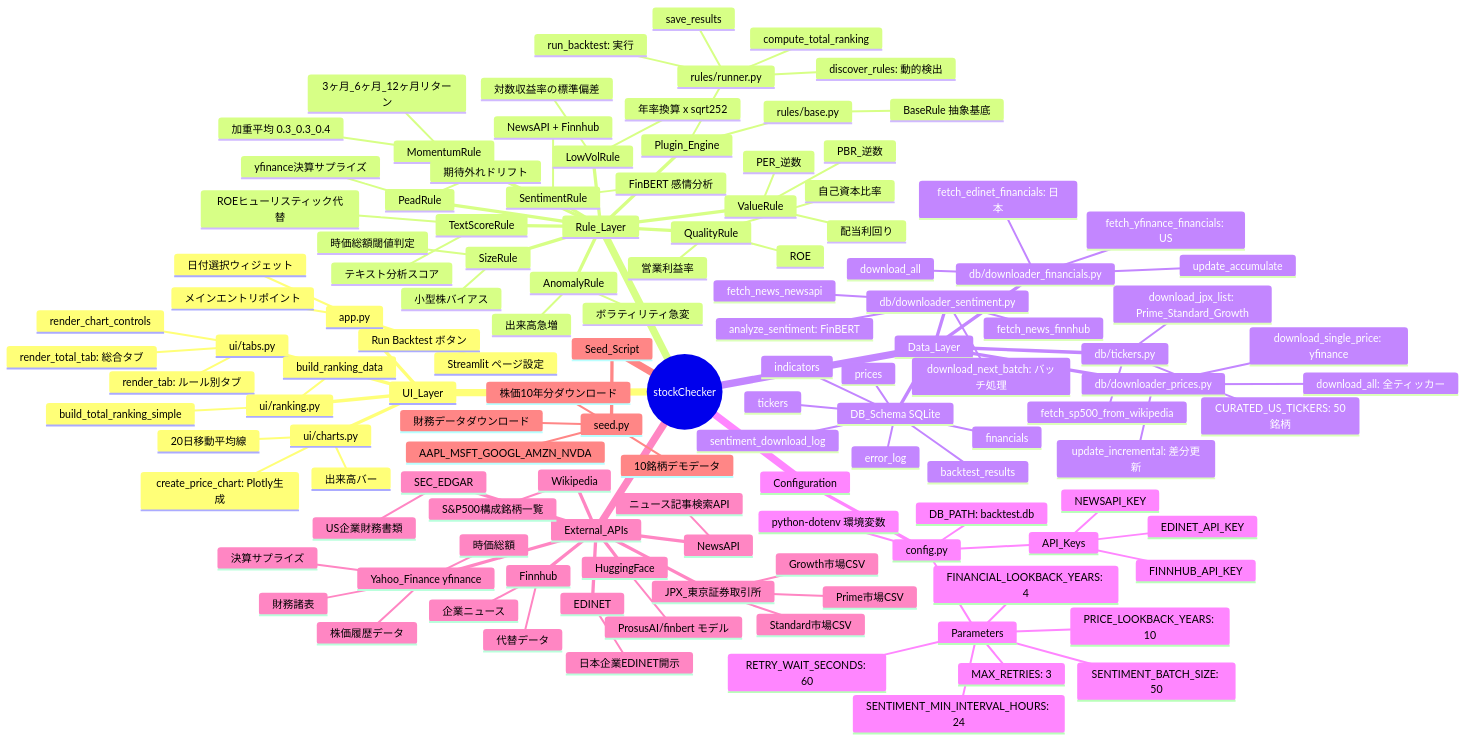
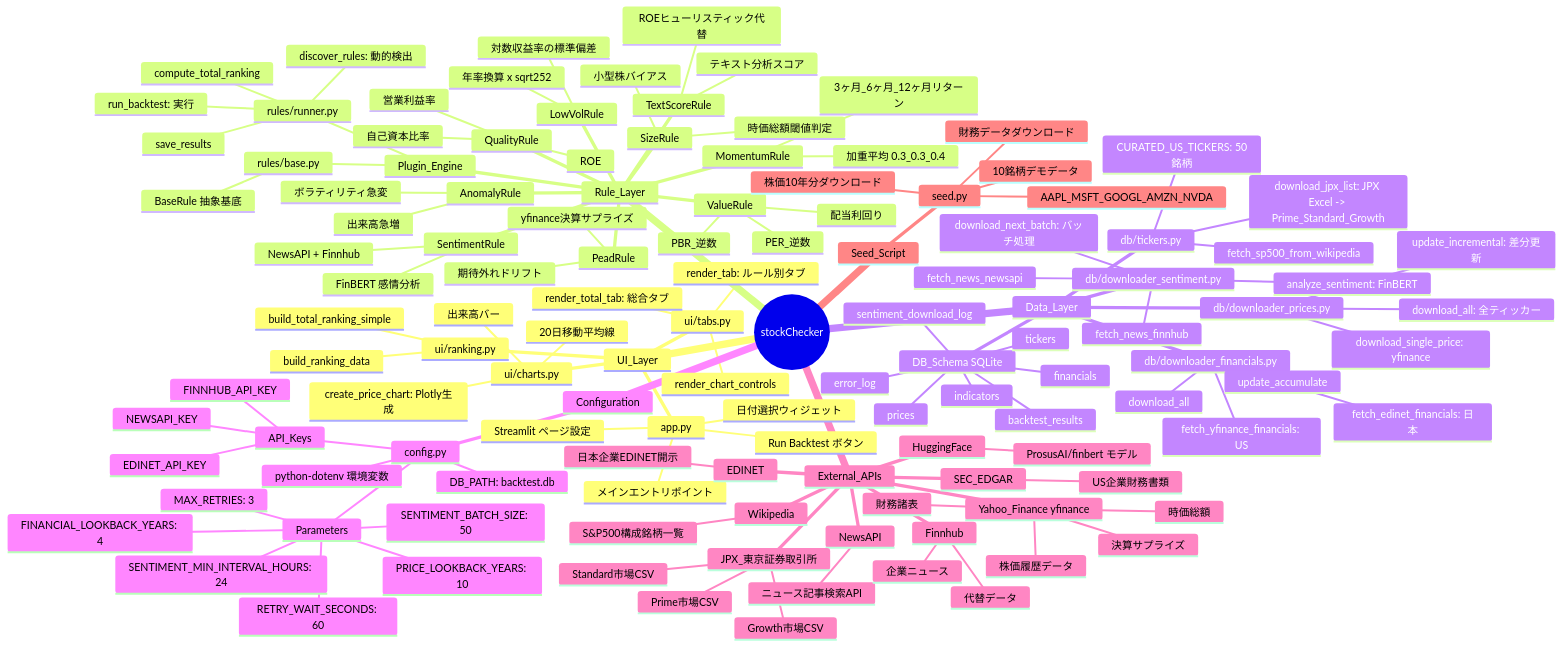
One commit to t-tani-it/stockChecker changed the diagram in diagrams/04_mindmap.mmd. Above: the diagram before and after it, drawn with Mermaid. The commit also changed 15 other files, not shown here.

```diff
--- a/diagrams/04_mindmap.mmd
+++ b/diagrams/04_mindmap.mmd
@@ -1,128 +1,128 @@
 mindmap
   root((stockChecker))
     UI_Layer
       app.py
         メインエントリポイント
         Streamlit ページ設定
         日付選択ウィジェット
         Run Backtest ボタン
       ui/tabs.py
         render_tab: ルール別タブ
         render_total_tab: 総合タブ
         render_chart_controls
       ui/charts.py
         create_price_chart: Plotly生成
         20日移動平均線
         出来高バー
       ui/ranking.py
         build_ranking_data
         build_total_ranking_simple
     Rule_Layer
       Plugin_Engine
         rules/runner.py
           discover_rules: 動的検出
           run_backtest: 実行
           compute_total_ranking
           save_results
         rules/base.py
           BaseRule 抽象基底
       MomentumRule
         3ヶ月_6ヶ月_12ヶ月リターン
         加重平均 0.3_0.3_0.4
       ValueRule
         PER_逆数
         PBR_逆数
         配当利回り
       QualityRule
         ROE
         自己資本比率
         営業利益率
       SizeRule
         時価総額閾値判定
         小型株バイアス
       LowVolRule
         対数収益率の標準偏差
         年率換算 x sqrt252
       PeadRule
         yfinance決算サプライズ
         期待外れドリフト
       SentimentRule
         NewsAPI + Finnhub
         FinBERT 感情分析
       TextScoreRule
         テキスト分析スコア
         ROEヒューリスティック代替
       AnomalyRule
         出来高急増
         ボラティリティ急変
     Data_Layer
       DB_Schema SQLite
         tickers
         prices
         financials
         indicators
         backtest_results
         sentiment_download_log
         error_log
       db/tickers.py
-        download_jpx_list: Prime_Standard_Growth
+        download_jpx_list: JPX Excel -> Prime_Standard_Growth
         fetch_sp500_from_wikipedia
         CURATED_US_TICKERS: 50銘柄
       db/downloader_prices.py
         download_single_price: yfinance
         download_all: 全ティッカー
         update_incremental: 差分更新
       db/downloader_financials.py
         fetch_yfinance_financials: US
         fetch_edinet_financials: 日本
         download_all
         update_accumulate
       db/downloader_sentiment.py
         fetch_news_newsapi
         fetch_news_finnhub
         analyze_sentiment: FinBERT
         download_next_batch: バッチ処理
     Configuration
       config.py
         python-dotenv 環境変数
         DB_PATH: backtest.db
         API_Keys
           NEWSAPI_KEY
           FINNHUB_API_KEY
           EDINET_API_KEY
         Parameters
           PRICE_LOOKBACK_YEARS: 10
           FINANCIAL_LOOKBACK_YEARS: 4
           SENTIMENT_BATCH_SIZE: 50
           SENTIMENT_MIN_INTERVAL_HOURS: 24
           MAX_RETRIES: 3
           RETRY_WAIT_SECONDS: 60
     External_APIs
       Yahoo_Finance yfinance
         株価履歴データ
         財務諸表
         決算サプライズ
         時価総額
       NewsAPI
         ニュース記事検索API
       Finnhub
         企業ニュース
         代替データ
       JPX_東京証券取引所
         Prime市場CSV
         Standard市場CSV
         Growth市場CSV
       Wikipedia
         S&P500構成銘柄一覧
       EDINET
         日本企業EDINET開示
       SEC_EDGAR
         US企業財務書類
       HuggingFace
         ProsusAI/finbert モデル
     Seed_Script
       seed.py
         10銘柄デモデータ
         AAPL_MSFT_GOOGL_AMZN_NVDA
         株価10年分ダウンロード
         財務データダウンロード
```
